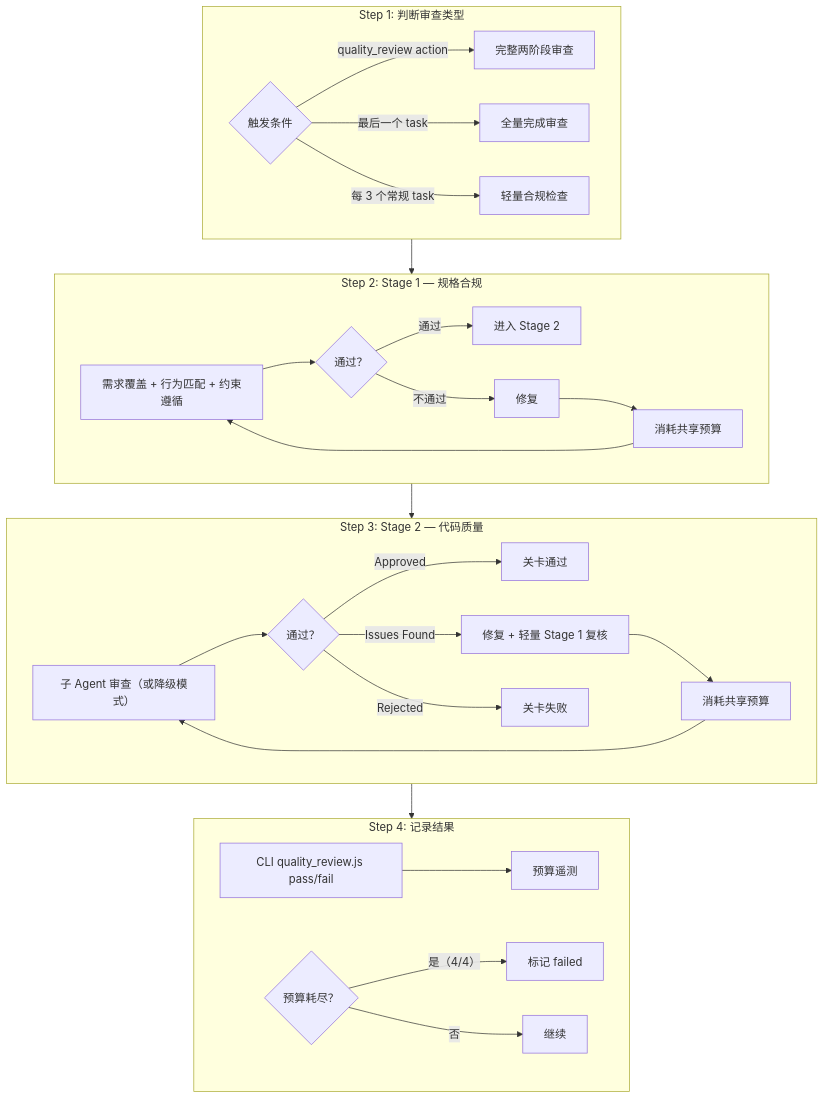
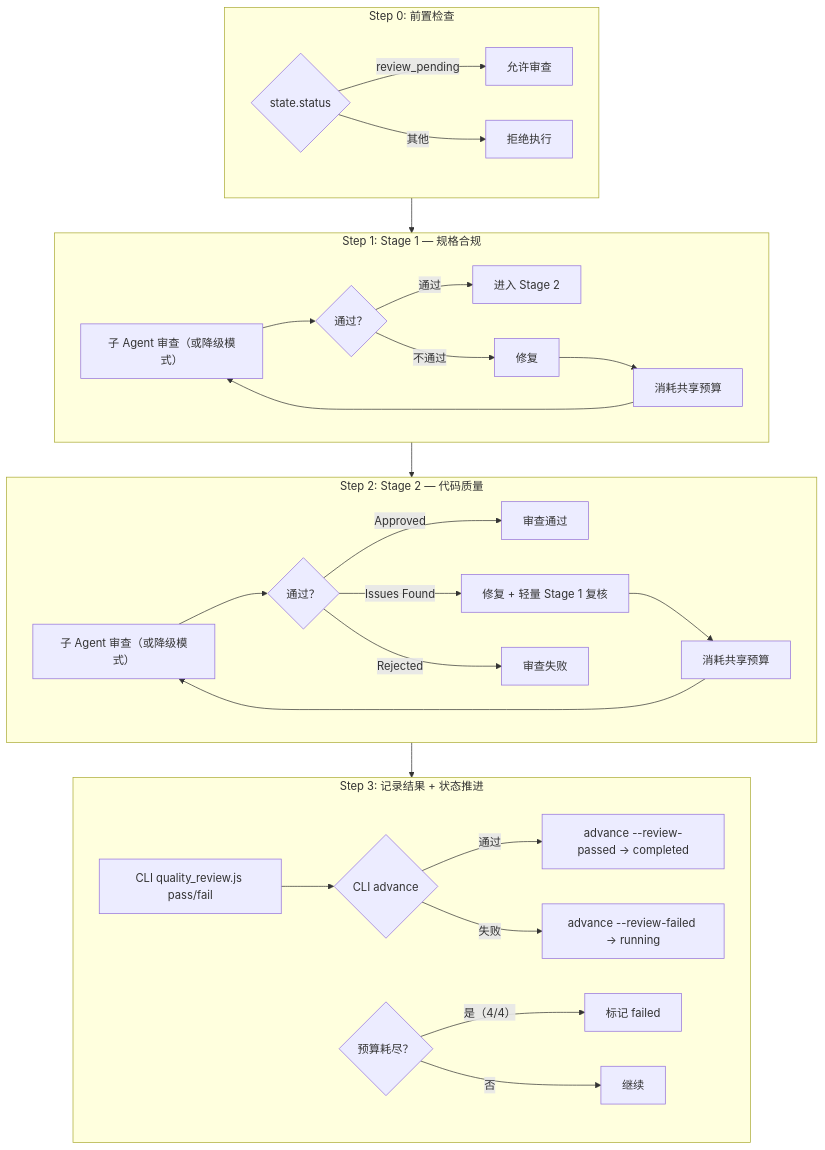
One commit to fan776783/claude-workflow changed the fourth of 8 diagrams in Claude-Code-工作流体系指南.md. Above: the diagram before and after it, drawn with Mermaid. The commit also changed other lines of this file and 1 other file, not shown here.

````diff
--- a/Claude-Code-工作流体系指南.md
+++ b/Claude-Code-工作流体系指南.md
@@ -525,40 +535,41 @@
 ```mermaid
 flowchart TD
-    subgraph Step1["Step 1: 判断审查类型"]
-        A1{"触发条件"}
-        A1 -->|"quality_review action"| A2["完整两阶段审查"]
-        A1 -->|"最后一个 task"| A3["全量完成审查"]
-        A1 -->|"每 3 个常规 task"| A4["轻量合规检查"]
+    subgraph Step0["Step 0: 前置检查"]
+        A0{"state.status"}
+        A0 -->|"review_pending"| A1["允许审查"]
+        A0 -->|"其他"| A2["拒绝执行"]
     end
 
-    subgraph Step2["Step 2: Stage 1 — 规格合规"]
-        B1["需求覆盖 + 行为匹配 + 约束遵循"]
+    subgraph Step1["Step 1: Stage 1 — 规格合规"]
+        B1["子 Agent 审查（或降级模式）"]
         B1 --> B2{"通过？"}
         B2 -->|"通过"| B3["进入 Stage 2"]
         B2 -->|"不通过"| B4["修复"]
         B4 --> B5["消耗共享预算"]
         B5 --> B1
     end
 
-    subgraph Step3["Step 3: Stage 2 — 代码质量"]
+    subgraph Step2["Step 2: Stage 2 — 代码质量"]
         C1["子 Agent 审查（或降级模式）"]
         C1 --> C2{"通过？"}
-        C2 -->|"Approved"| C3["关卡通过"]
+        C2 -->|"Approved"| C3["审查通过"]
         C2 -->|"Issues Found"| C4["修复 + 轻量 Stage 1 复核"]
         C4 --> C5["消耗共享预算"]
         C5 --> C1
-        C2 -->|"Rejected"| C6["关卡失败"]
+        C2 -->|"Rejected"| C6["审查失败"]
     end
 
-    subgraph Step4["Step 4: 记录结果"]
+    subgraph Step3["Step 3: 记录结果 + 状态推进"]
         D1["CLI quality_review.js pass/fail"]
-        D1 --> D2["预算遥测"]
-        D3{"预算耗尽？"}
-        D3 -->|"是（4/4）"| D4["标记 failed"]
-        D3 -->|"否"| D5["继续"]
+        D1 --> D2{"CLI advance"}
+        D2 -->|"通过"| D3["advance --review-passed → completed"]
+        D2 -->|"失败"| D4["advance --review-failed → running"]
+        D5{"预算耗尽？"}
+        D5 -->|"是（4/4）"| D6["标记 failed"]
+        D5 -->|"否"| D7["继续"]
     end
 
+    Step0 --> Step1
     Step1 --> Step2
     Step2 --> Step3
-    Step3 --> Step4
 ```
````
